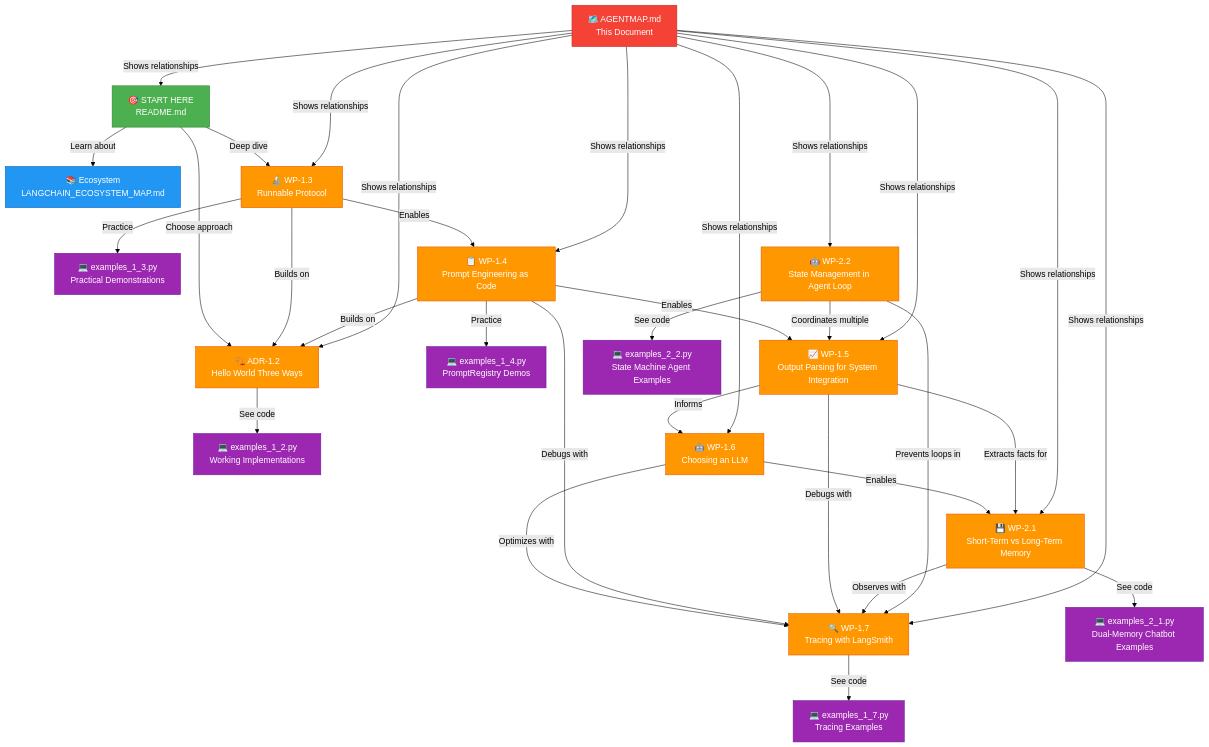
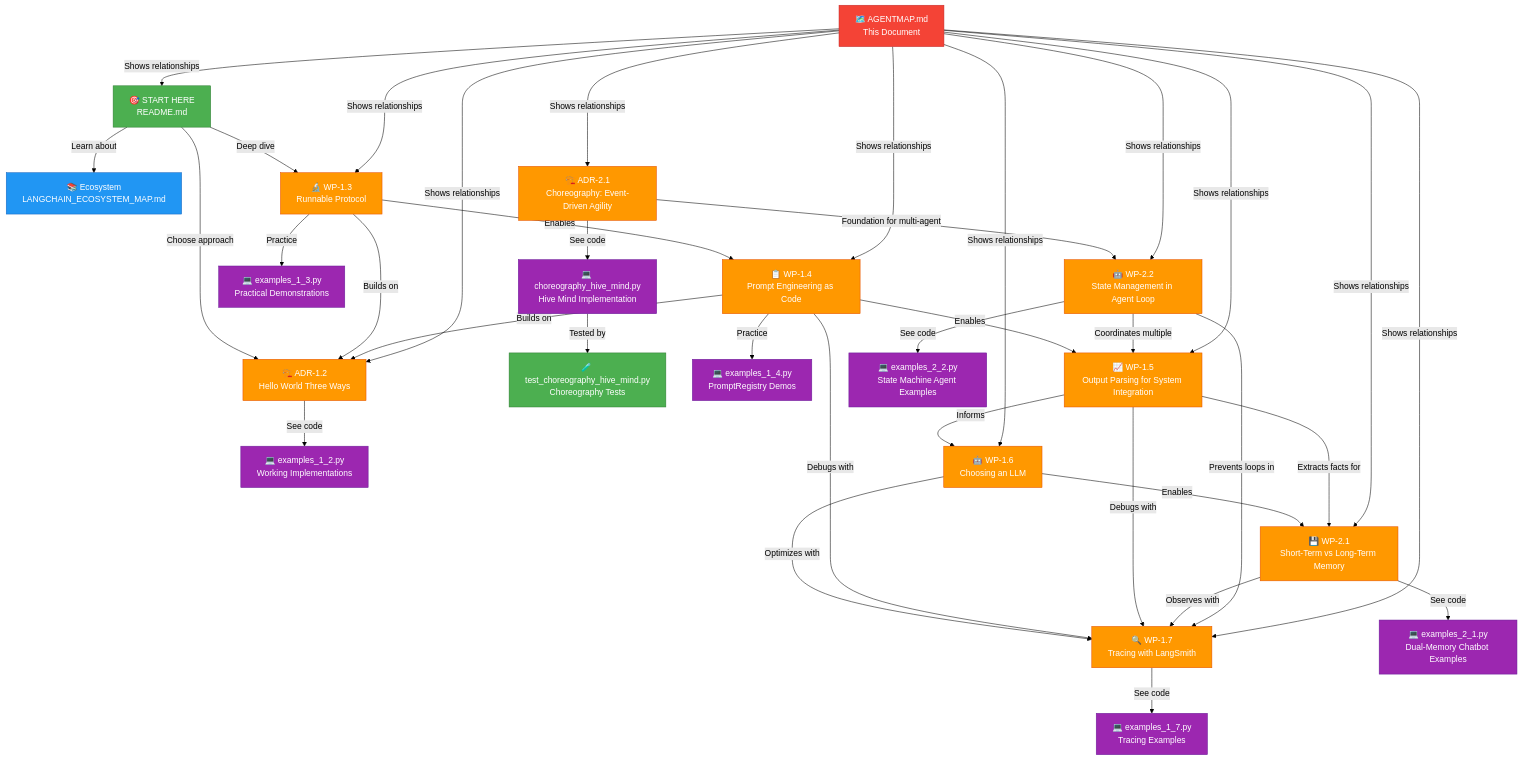
Before and after one commit to pristley/ai-architecture-blueprints: the diagram in AGENTMAP.md, drawn with Mermaid (forest theme). The commit also changed other lines of this file and 6 other files, not shown here.

````diff
--- a/AGENTMAP.md
+++ b/AGENTMAP.md
@@ -11,70 +11,80 @@
 ```mermaid
 graph TB
     START["🎯 START HERE<br/>README.md"] 
     ECOSYSTEM["📚 Ecosystem<br/>LANGCHAIN_ECOSYSTEM_MAP.md"]
     ADR12["🏗️ ADR-1.2<br/>Hello World Three Ways"]
     EX12["💻 examples_1_2.py<br/>Working Implementations"]
+    ADR21["🏗️ ADR-2.1<br/>Choreography: Event-Driven Agility"]
+    CHORE["💻 choreography_hive_mind.py<br/>Hive Mind Implementation"]
+    TEST_CHORE["🧪 test_choreography_hive_mind.py<br/>Choreography Tests"]
     WP13["🔬 WP-1.3<br/>Runnable Protocol"]
     EX13["💻 examples_1_3.py<br/>Practical Demonstrations"]
     WP14["📋 WP-1.4<br/>Prompt Engineering as Code"]
     EX14["💻 examples_1_4.py<br/>PromptRegistry Demos"]
     WP15["📈 WP-1.5<br/>Output Parsing for System Integration"]
     WP16["🤖 WP-1.6<br/>Choosing an LLM"]
     WP17["🔍 WP-1.7<br/>Tracing with LangSmith"]
     EX17["💻 examples_1_7.py<br/>Tracing Examples"]
     WP21["💾 WP-2.1<br/>Short-Term vs Long-Term Memory"]
     EX21["💻 examples_2_1.py<br/>Dual-Memory Chatbot Examples"]
     WP22["🤖 WP-2.2<br/>State Management in Agent Loop"]
     EX22["💻 examples_2_2.py<br/>State Machine Agent Examples"]
     AGENTMAP["🗺️ AGENTMAP.md<br/>This Document"]
     
     START -->|Learn about| ECOSYSTEM
     START -->|Choose approach| ADR12
     ADR12 -->|See code| EX12
     START -->|Deep dive| WP13
     WP13 -->|Practice| EX13
     WP13 -->|Builds on| ADR12
     WP13 -->|Enables| WP14
     WP14 -->|Enables| WP15
     WP15 -->|Informs| WP16
     WP14 -->|Practice| EX14
     WP14 -->|Builds on| ADR12
     WP16 -->|Optimizes with| WP17
     WP14 -->|Debugs with| WP17
     WP15 -->|Debugs with| WP17
     WP17 -->|See code| EX17
     WP16 -->|Enables| WP21
     WP15 -->|Extracts facts for| WP21
     WP21 -->|See code| EX21
     WP21 -->|Observes with| WP17
     WP22 -->|See code| EX22
     WP22 -->|Prevents loops in| WP17
     WP22 -->|Coordinates multiple| WP15
+    ADR21 -->|See code| CHORE
+    CHORE -->|Tested by| TEST_CHORE
+    ADR21 -->|Foundation for multi-agent| WP22
     AGENTMAP -->|Shows relationships| START
     AGENTMAP -->|Shows relationships| ADR12
+    AGENTMAP -->|Shows relationships| ADR21
     AGENTMAP -->|Shows relationships| WP13
     AGENTMAP -->|Shows relationships| WP14
     AGENTMAP -->|Shows relationships| WP15
     AGENTMAP -->|Shows relationships| WP16
     AGENTMAP -->|Shows relationships| WP17
     AGENTMAP -->|Shows relationships| WP21
     AGENTMAP -->|Shows relationships| WP22
     
     style START fill:#4CAF50,stroke:#2E7D32,color:#fff
     style ECOSYSTEM fill:#2196F3,stroke:#1565C0,color:#fff
     style ADR12 fill:#FF9800,stroke:#E65100,color:#fff
     style EX12 fill:#9C27B0,stroke:#6A1B9A,color:#fff
+    style ADR21 fill:#FF9800,stroke:#E65100,color:#fff
+    style CHORE fill:#9C27B0,stroke:#6A1B9A,color:#fff
+    style TEST_CHORE fill:#4CAF50,stroke:#2E7D32,color:#fff
     style WP13 fill:#FF9800,stroke:#E65100,color:#fff
     style EX13 fill:#9C27B0,stroke:#6A1B9A,color:#fff
     style WP14 fill:#FF9800,stroke:#E65100,color:#fff
     style EX14 fill:#9C27B0,stroke:#6A1B9A,color:#fff
     style WP15 fill:#FF9800,stroke:#E65100,color:#fff
     style WP16 fill:#FF9800,stroke:#E65100,color:#fff
     style WP17 fill:#FF9800,stroke:#E65100,color:#fff
     style EX17 fill:#9C27B0,stroke:#6A1B9A,color:#fff
     style WP21 fill:#FF9800,stroke:#E65100,color:#fff
     style EX21 fill:#9C27B0,stroke:#6A1B9A,color:#fff
     style WP22 fill:#FF9800,stroke:#E65100,color:#fff
     style EX22 fill:#9C27B0,stroke:#6A1B9A,color:#fff
     style AGENTMAP fill:#F44336,stroke:#C62828,color:#fff
 ```
````
